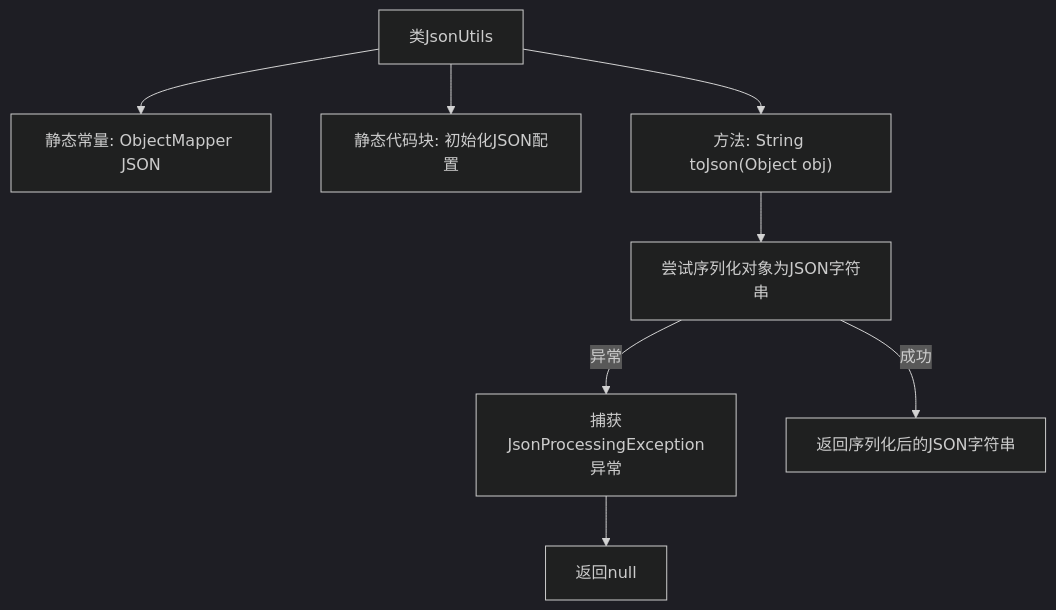
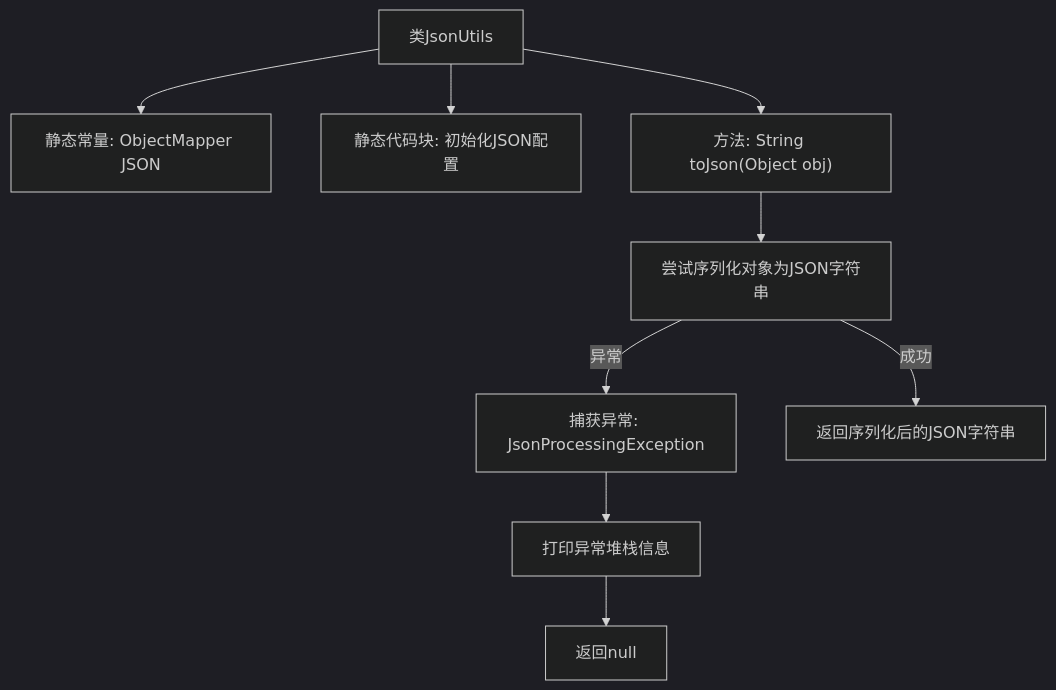
One commit to v-wjrong/binary_weixin-java-miniapp-demo changed the second of 2 diagrams in docs/zh/docs/src/main/java/com/github/binarywang/demo/wx/miniapp/utils/JsonUtils.md. Above: the diagram before and after it, drawn with Mermaid (dark theme). The commit also changed other lines of this file and 47 other files, not shown here.

````diff
--- a/docs/zh/docs/src/main/java/com/github/binarywang/demo/wx/miniapp/utils/JsonUtils.md
+++ b/docs/zh/docs/src/main/java/com/github/binarywang/demo/wx/miniapp/utils/JsonUtils.md
@@ -73,18 +74,19 @@
 ```mermaid
 graph TD
     A["类JsonUtils"]
     B["静态常量: ObjectMapper JSON"]
     C["静态代码块: 初始化JSON配置"]
     D["方法: String toJson(Object obj)"]
     E["尝试序列化对象为JSON字符串"]
-    F["捕获JsonProcessingException异常"]
+    F["捕获异常: JsonProcessingException"]
     G["返回null"]
 
     A --> B
     A --> C
     A --> D
     D --> E
     E -- 成功 --> H["返回序列化后的JSON字符串"]
     E -- 异常 --> F
-    F --> G
+    F --> I["打印异常堆栈信息"]
+    I --> G
 ```
````
